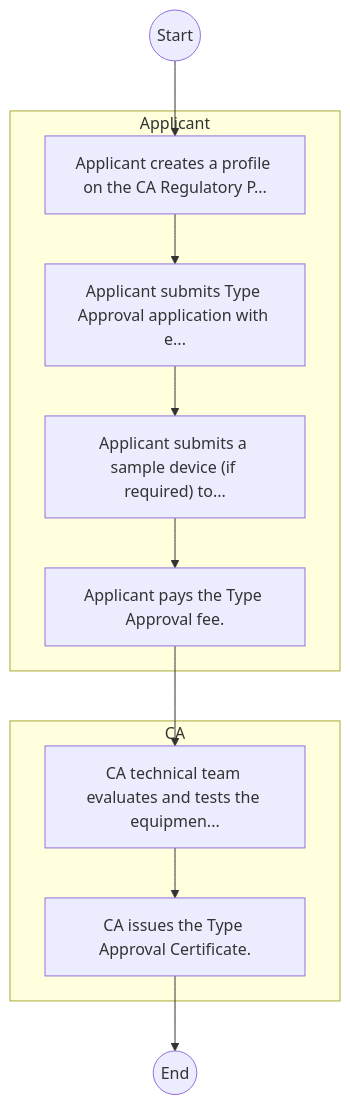
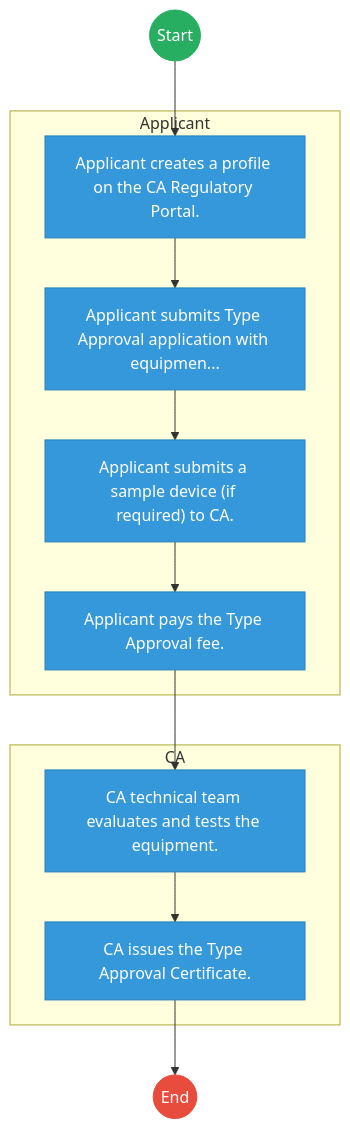
The first of 2 diagrams in mdas/docs_final/Communications_Authority_of_Kenya___Licensing_and_Permitting.md (BITZ-IT-Consulting-LTD/ictapoc), drawn with Mermaid before and after one commit. The commit also changed other lines of this file and 461 other files, not shown here.

````diff
--- a/mdas/docs_final/Communications_Authority_of_Kenya___Licensing_and_Permitting.md
+++ b/mdas/docs_final/Communications_Authority_of_Kenya___Licensing_and_Permitting.md
@@ -20,20 +20,31 @@
 ```mermaid
 graph TD
     Start((Start)) --> S1
+
     subgraph Applicant [Applicant]
-        S1["Applicant creates a profile on the CA Regulatory P..."]
-        S2["Applicant submits Type Approval application with e..."]
-        S3["Applicant submits a sample device (if required) to..."]
+        S1["Applicant creates a profile on the CA Regulatory Portal."]
+        S2["Applicant submits Type Approval application with equipmen..."]
+        S3["Applicant submits a sample device (if required) to CA."]
         S4["Applicant pays the Type Approval fee."]
     end
+
     subgraph CA [CA]
-        S5["CA technical team evaluates and tests the equipmen..."]
+        S5["CA technical team evaluates and tests the equipment."]
         S6["CA issues the Type Approval Certificate."]
     end
     S1 --> S2
     S2 --> S3
     S3 --> S4
     S4 --> S5
     S5 --> S6
     S6 --> End((End))
+
+    classDef start fill:#27ae60,stroke:#27ae60,color:#fff;
+    classDef endNode fill:#e74c3c,stroke:#e74c3c,color:#fff;
+    classDef userTask fill:#3498db,stroke:#2980b9,color:#fff;
+    classDef serviceTask fill:#9b59b6,stroke:#8e44ad,color:#fff;
+
+    class Start start;
+    class End endNode;
+    class S1,S2,S3,S4,S5,S6 userTask;
 ```
````
